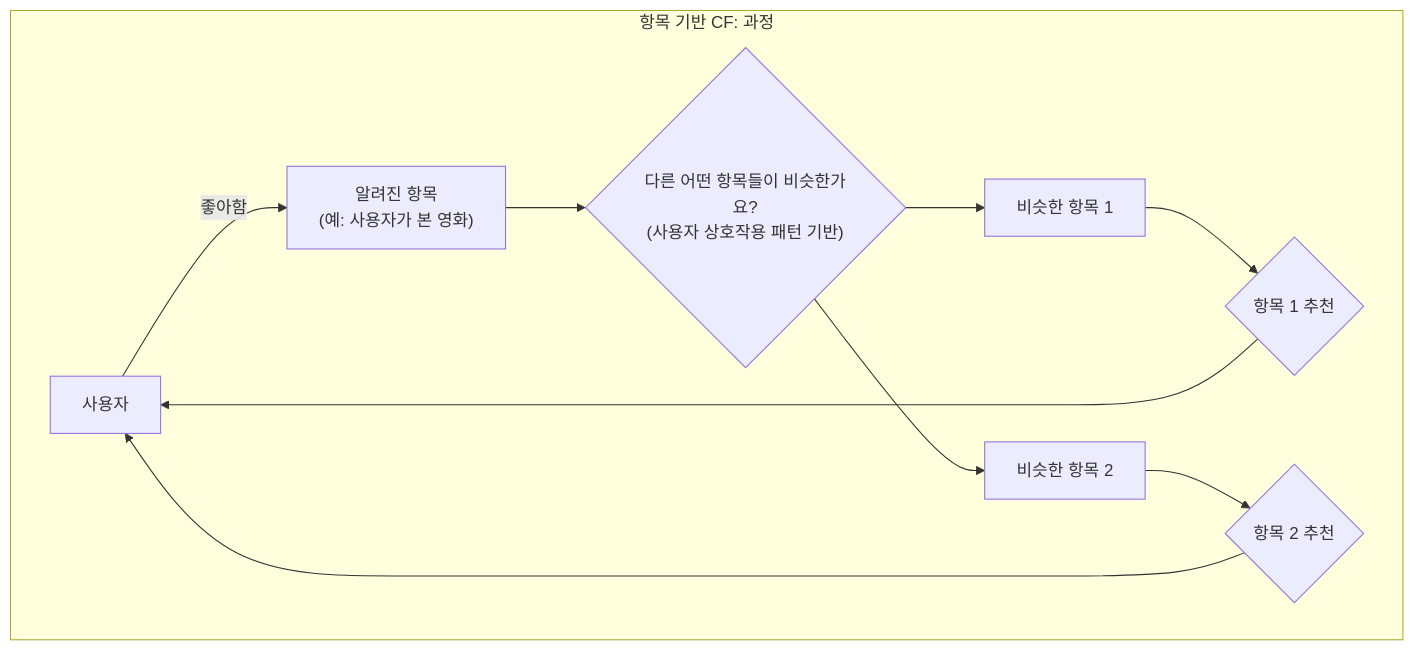
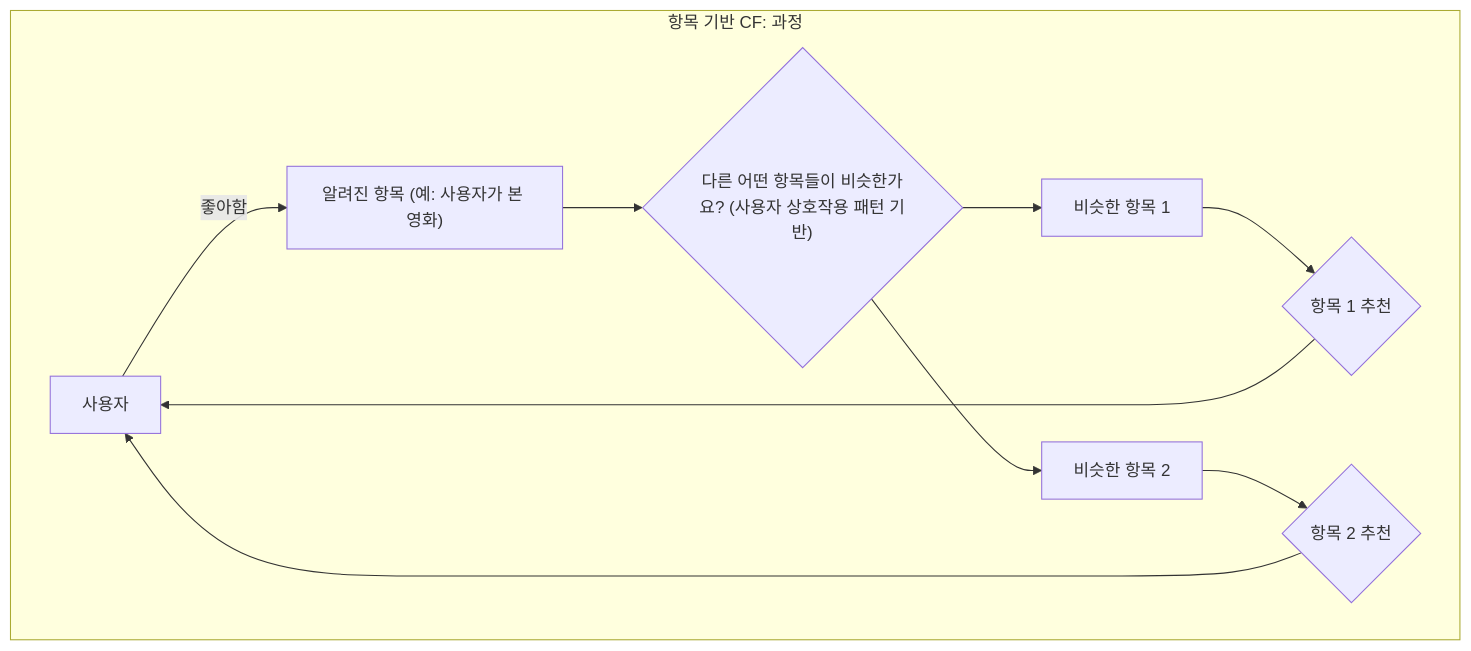
Before and after one commit to gh-shin/suggest-models-example: the fourth of 11 diagrams in ConstructivistLearningPath.md, drawn with Mermaid. The commit also changed other lines of this file, not shown here.

Commit message:
modify mermaid

````diff
--- a/ConstructivistLearningPath.md
+++ b/ConstructivistLearningPath.md
@@ -129,13 +137,13 @@
     ```mermaid
     graph TD
         subgraph "항목 기반 CF: 과정"
-            U_Current[사용자] -- 좋아함 --> I_Known["알려진 항목\n(예: 사용자가 본 영화)"]
-            I_Known --> Q2{"다른 어떤 항목들이 비슷한가요?\n(사용자 상호작용 패턴 기반)"}
+            U_Current[사용자] -- 좋아함 --> I_Known["알려진 항목 (예: 사용자가 본 영화)"]
+            I_Known --> Q2{"다른 어떤 항목들이 비슷한가요? (사용자 상호작용 패턴 기반)"}
             Q2 --> I_Similar1[비슷한 항목 1]
             Q2 --> I_Similar2[비슷한 항목 2]
             I_Similar1 --> Rec1{항목 1 추천}
             I_Similar2 --> Rec2{항목 2 추천}
             Rec1 --> U_Current
             Rec2 --> U_Current
         end
     ```
````
